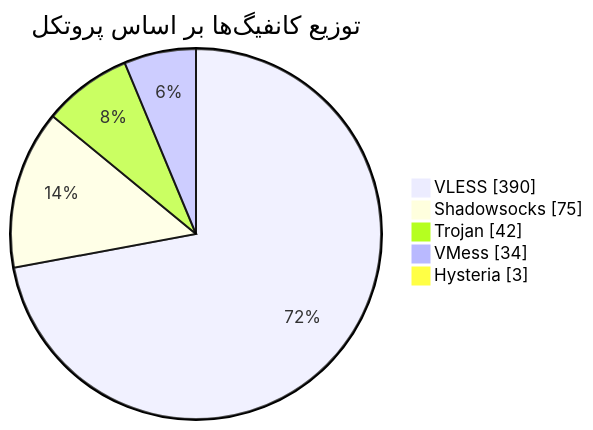
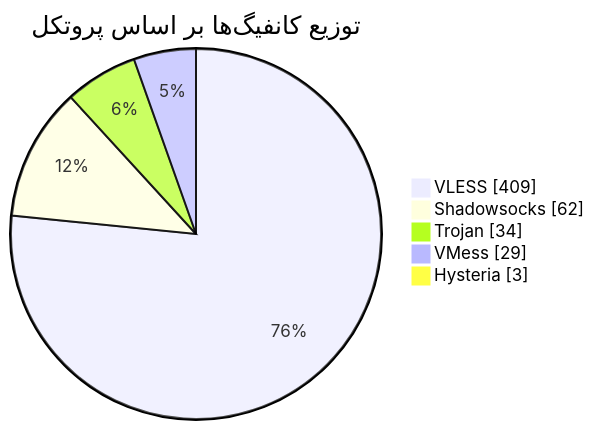
One commit to Arian-Alijani/Somthing changed the diagram in README.md. Above: the diagram before and after it, drawn with Mermaid. The commit also changed other lines of this file and 81 other files, not shown here.

````diff
--- a/README.md
+++ b/README.md
@@ -47,9 +47,9 @@
 ```mermaid
 pie showData
     title توزیع کانفیگ‌ها بر اساس پروتکل
-    "VLESS" : 390
-    "Shadowsocks" : 75
-    "Trojan" : 42
-    "VMess" : 34
+    "VLESS" : 409
+    "Shadowsocks" : 62
+    "Trojan" : 34
+    "VMess" : 29
     "Hysteria" : 3
 ```
````
